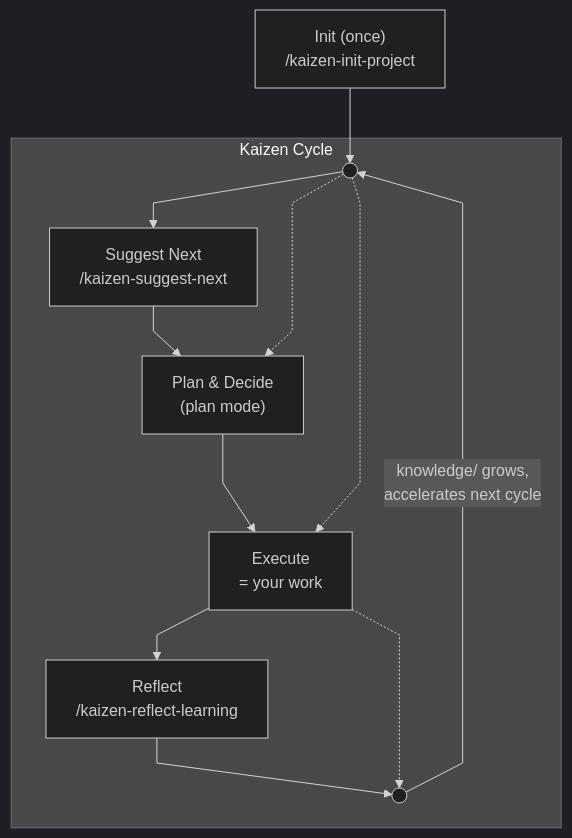
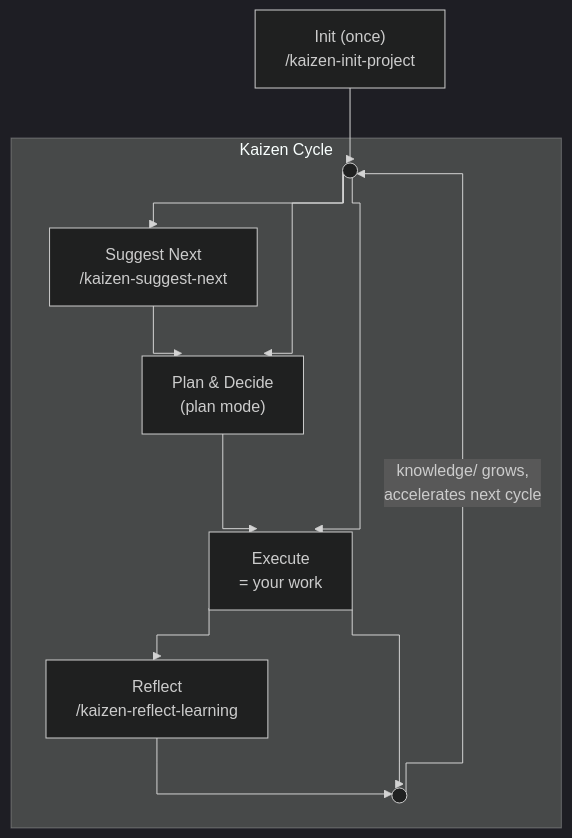
Before and after one commit to tomfook/kaizen-cli: the diagram in docs/CONCEPT.md, drawn with Mermaid (dark theme). The commit also changed 1 other file, not shown here.

Commit message:
style: all solid lines + stepBefore curve for angular routing
Change dotted skip arrows to solid (all paths are equal).
Switch curve from linear to stepBefore for L-shaped right-angle
connections.

https://claude.ai/code/session_011ENnixXZ7xcQcWQSnBuWA9

````diff
--- a/docs/CONCEPT.md
+++ b/docs/CONCEPT.md
@@ -45,25 +45,25 @@
 ```mermaid
 ---
 config:
   flowchart:
-    curve: linear
+    curve: stepBefore
 ---
 graph TD
     Init["Init (once)<br>/kaizen-init-project"] --> Start
 
     subgraph Cycle [" Kaizen Cycle "]
         Start((" "))
         Suggest["Suggest Next<br>/kaizen-suggest-next"]
         Plan["Plan & Decide<br>(plan mode)"]
         Execute["Execute<br>= your work"]
         Reflect["Reflect<br>/kaizen-reflect-learning"]
         End((" "))
 
         Start --> Suggest --> Plan --> Execute --> Reflect --> End
-        Start -.-> Plan
-        Start -.-> Execute
-        Execute -.-> End
+        Start --> Plan
+        Start --> Execute
+        Execute --> End
     end
 
     End -->|"knowledge/ grows,<br>accelerates next cycle"| Start
 ```
````
